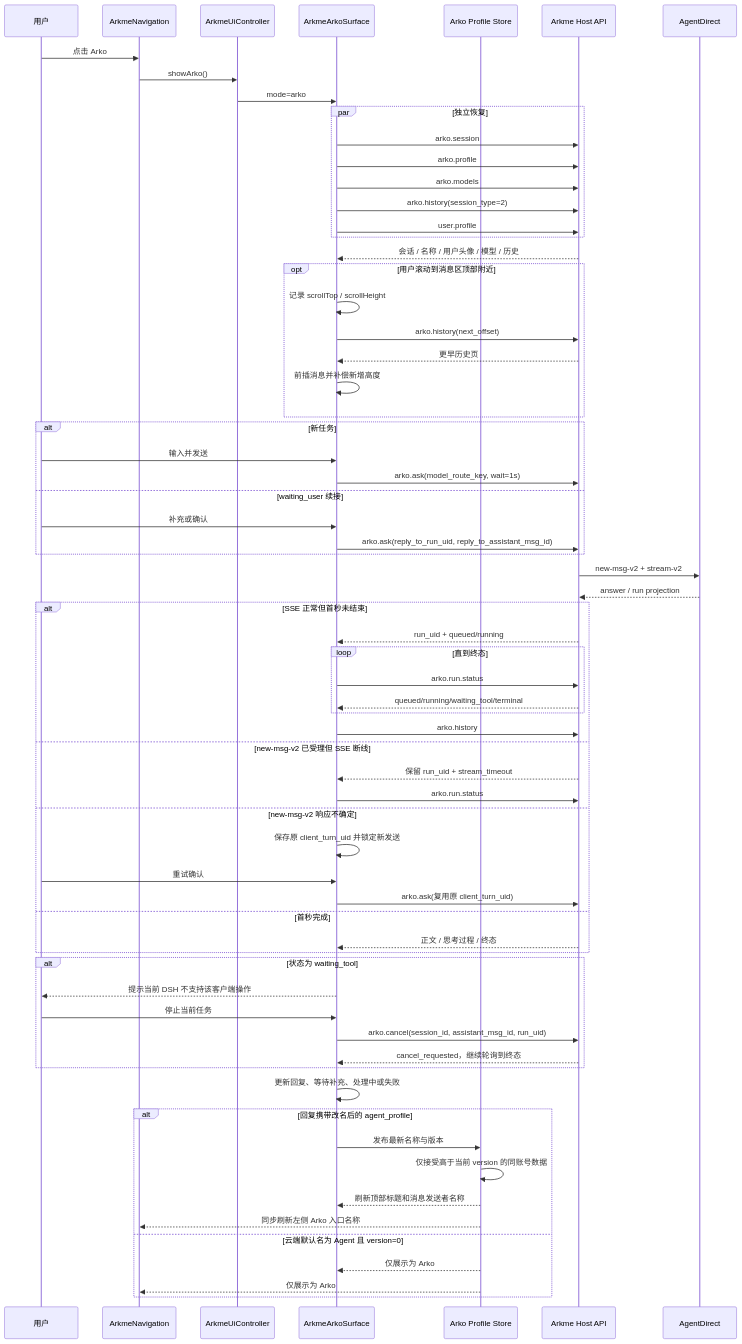
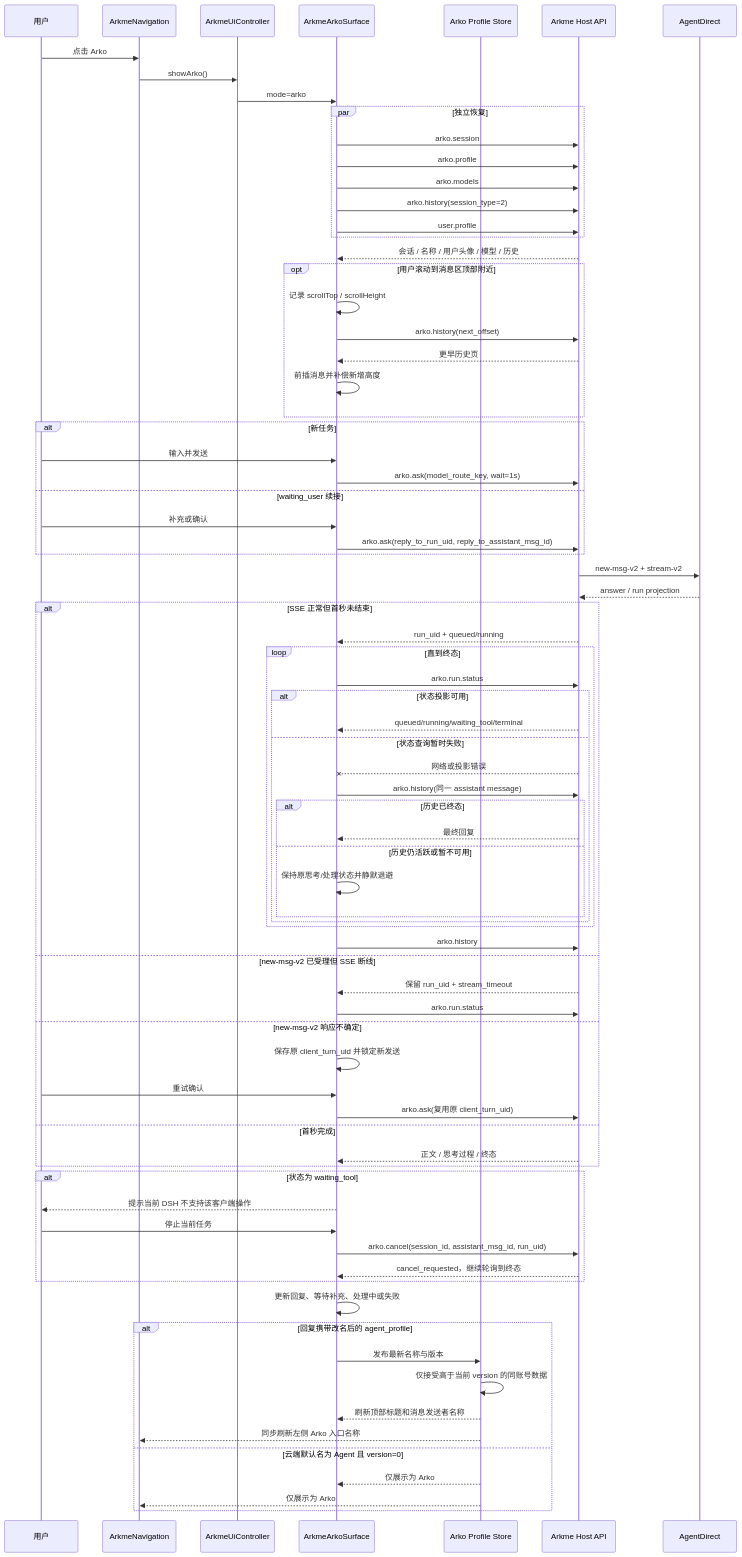
One commit to arkme-senx/arkme-dsh-plugin changed the third of 5 diagrams in docs/superpowers/plans/2026-08-19-arkme-arko-entry.md. Above: the diagram before and after it, drawn with Mermaid. The commit also changed other lines of this file and 7 other files, not shown here.

````diff
--- a/docs/superpowers/plans/2026-08-19-arkme-arko-entry.md
+++ b/docs/superpowers/plans/2026-08-19-arkme-arko-entry.md
@@ -54,70 +54,80 @@
 ```mermaid
 sequenceDiagram
   participant U as 用户
   participant Nav as ArkmeNavigation
   participant UI as ArkmeUiController
   participant Panel as ArkmeArkoSurface
   participant Profile as Arko Profile Store
   participant Host as Arkme Host API
   participant Cloud as AgentDirect
 
   U->>Nav: 点击 Arko
   Nav->>UI: showArko()
   UI->>Panel: mode=arko
   par 独立恢复
     Panel->>Host: arko.session
     Panel->>Host: arko.profile
     Panel->>Host: arko.models
     Panel->>Host: arko.history(session_type=2)
     Panel->>Host: user.profile
   end
   Host-->>Panel: 会话 / 名称 / 用户头像 / 模型 / 历史
   opt 用户滚动到消息区顶部附近
     Panel->>Panel: 记录 scrollTop / scrollHeight
     Panel->>Host: arko.history(next_offset)
     Host-->>Panel: 更早历史页
     Panel->>Panel: 前插消息并补偿新增高度
   end
   alt 新任务
     U->>Panel: 输入并发送
     Panel->>Host: arko.ask(model_route_key, wait=1s)
   else waiting_user 续接
     U->>Panel: 补充或确认
     Panel->>Host: arko.ask(reply_to_run_uid, reply_to_assistant_msg_id)
   end
   Host->>Cloud: new-msg-v2 + stream-v2
   Cloud-->>Host: answer / run projection
   alt SSE 正常但首秒未结束
     Host-->>Panel: run_uid + queued/running
     loop 直到终态
       Panel->>Host: arko.run.status
-      Host-->>Panel: queued/running/waiting_tool/terminal
+      alt 状态投影可用
+        Host-->>Panel: queued/running/waiting_tool/terminal
+      else 状态查询暂时失败
+        Host--xPanel: 网络或投影错误
+        Panel->>Host: arko.history(同一 assistant message)
+        alt 历史已终态
+          Host-->>Panel: 最终回复
+        else 历史仍活跃或暂不可用
+          Panel->>Panel: 保持原思考/处理状态并静默退避
+        end
+      end
     end
     Panel->>Host: arko.history
   else new-msg-v2 已受理但 SSE 断线
     Host-->>Panel: 保留 run_uid + stream_timeout
     Panel->>Host: arko.run.status
   else new-msg-v2 响应不确定
     Panel->>Panel: 保存原 client_turn_uid 并锁定新发送
     U->>Panel: 重试确认
     Panel->>Host: arko.ask(复用原 client_turn_uid)
   else 首秒完成
     Host-->>Panel: 正文 / 思考过程 / 终态
   end
   alt 状态为 waiting_tool
     Panel-->>U: 提示当前 DSH 不支持该客户端操作
     U->>Panel: 停止当前任务
     Panel->>Host: arko.cancel(session_id, assistant_msg_id, run_uid)
     Host-->>Panel: cancel_requested，继续轮询到终态
   end
   Panel->>Panel: 更新回复、等待补充、处理中或失败
   alt 回复携带改名后的 agent_profile
     Panel->>Profile: 发布最新名称与版本
     Profile->>Profile: 仅接受高于当前 version 的同账号数据
     Profile-->>Panel: 刷新顶部标题和消息发送者名称
     Profile-->>Nav: 同步刷新左侧 Arko 入口名称
   else 云端默认名为 Agent 且 version=0
     Profile-->>Panel: 仅展示为 Arko
     Profile-->>Nav: 仅展示为 Arko
   end
 ```
````
